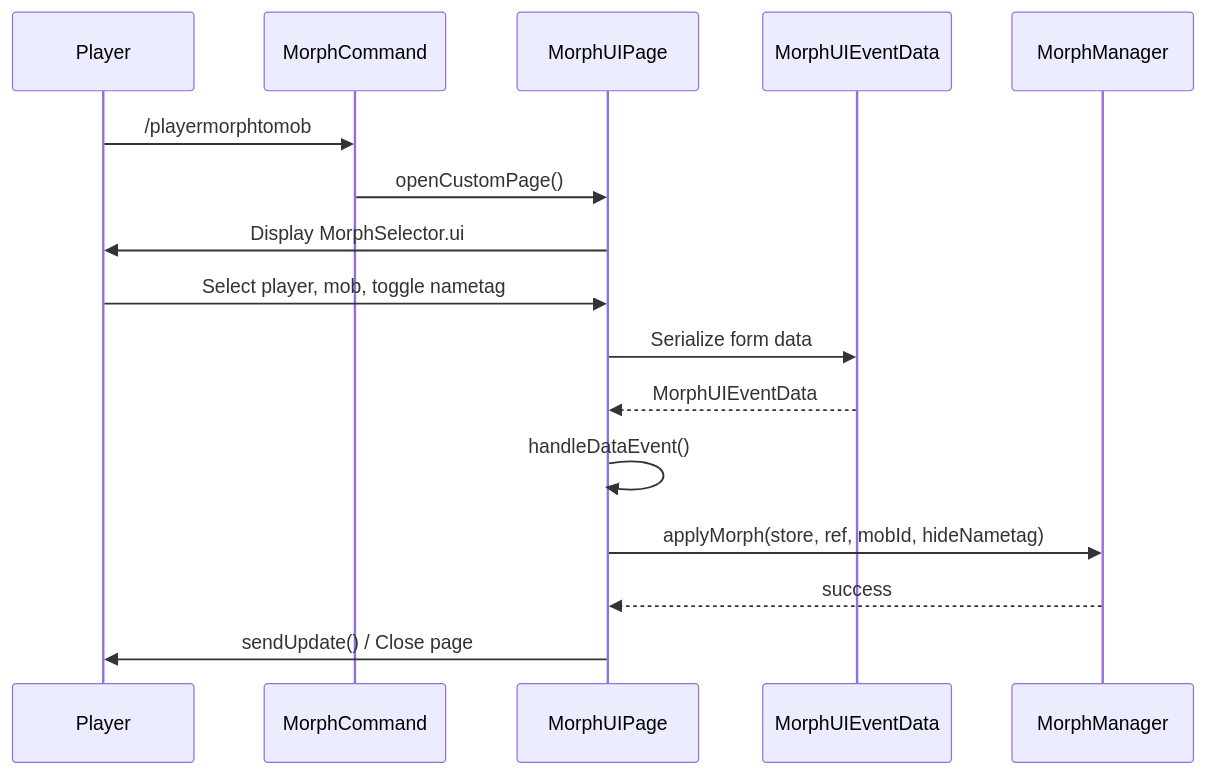
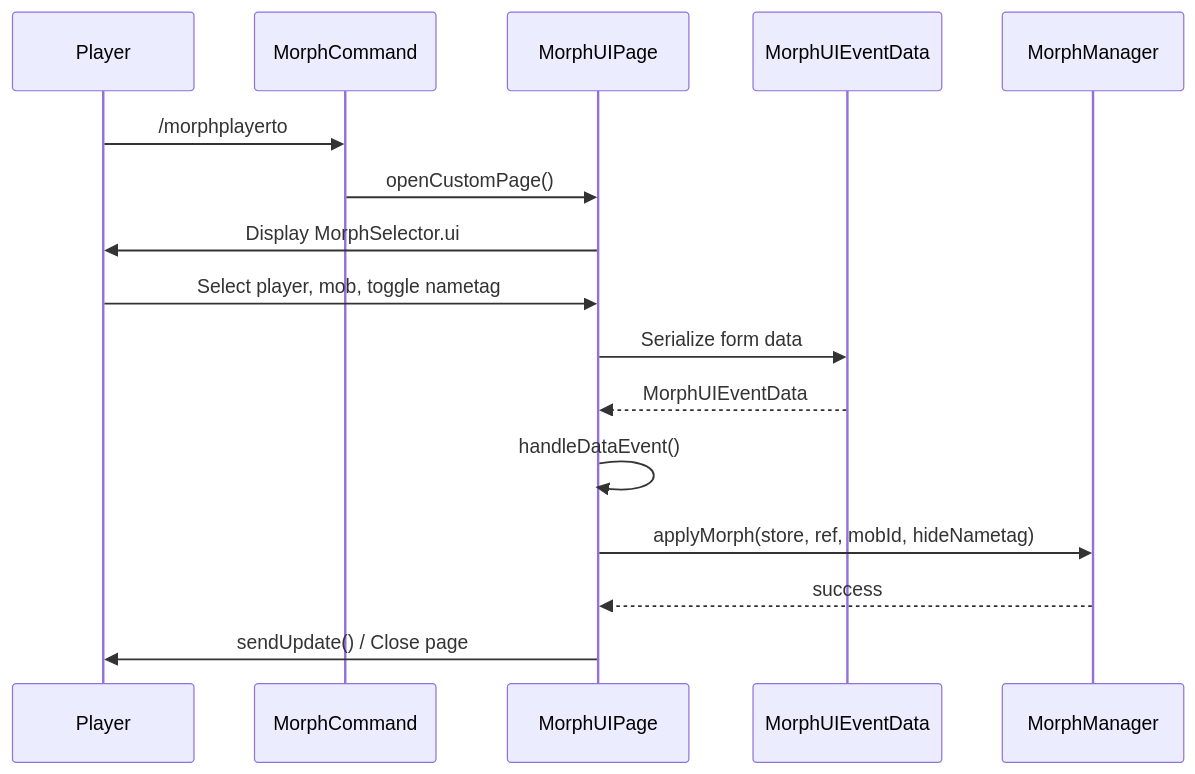
Before and after one commit to gorduan/Heytale-PlayerMorph: the fourth of 10 diagrams in .claude/docs/architecture.md, drawn with Mermaid. The commit also changed other lines of this file and 25 other files, not shown here.

````diff
--- a/.claude/docs/architecture.md
+++ b/.claude/docs/architecture.md
@@ -136,22 +136,22 @@
 ```mermaid
 sequenceDiagram
     participant P as Player
     participant C as MorphCommand
     participant UI as MorphUIPage
     participant Data as MorphUIEventData
     participant MM as MorphManager
 
-    P->>C: /playermorphtomob
+    P->>C: /morphplayerto
     C->>UI: openCustomPage()
     UI->>P: Display MorphSelector.ui
 
     P->>UI: Select player, mob, toggle nametag
     UI->>Data: Serialize form data
     Data-->>UI: MorphUIEventData
 
     UI->>UI: handleDataEvent()
     UI->>MM: applyMorph(store, ref, mobId, hideNametag)
     MM-->>UI: success
 
     UI->>P: sendUpdate() / Close page
 ```
````
